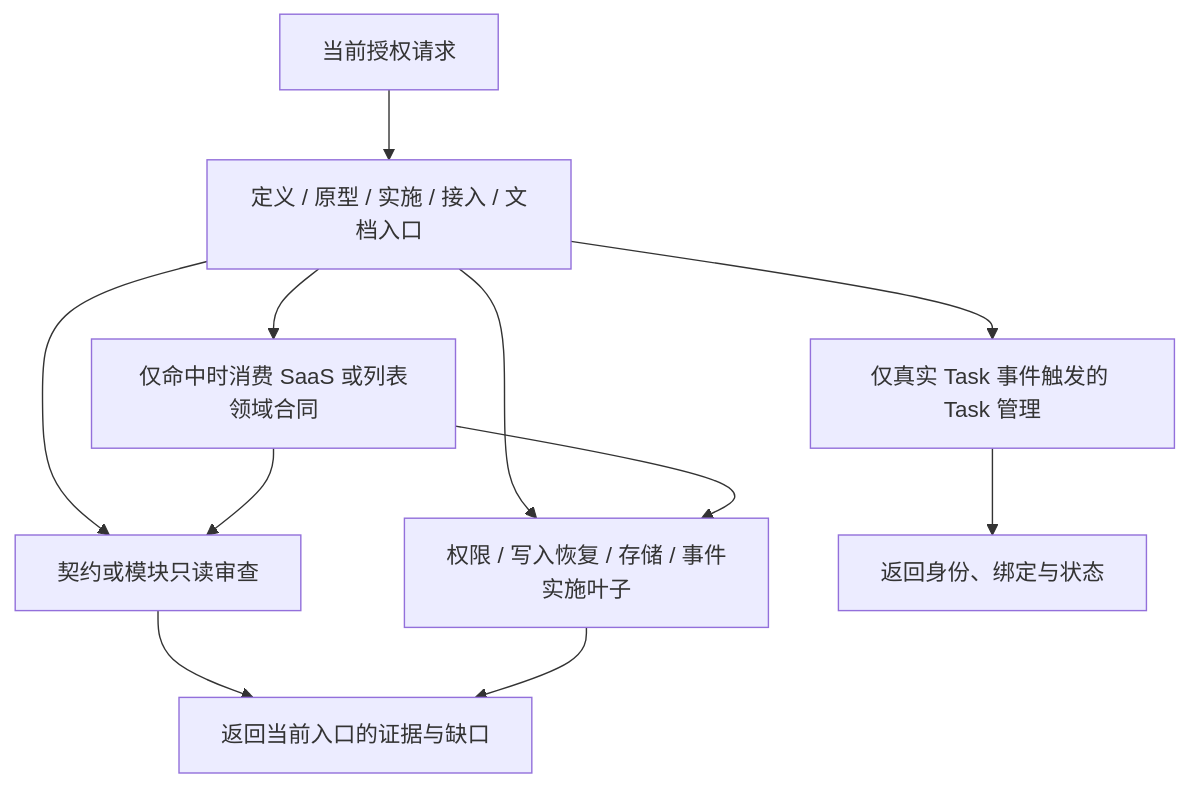
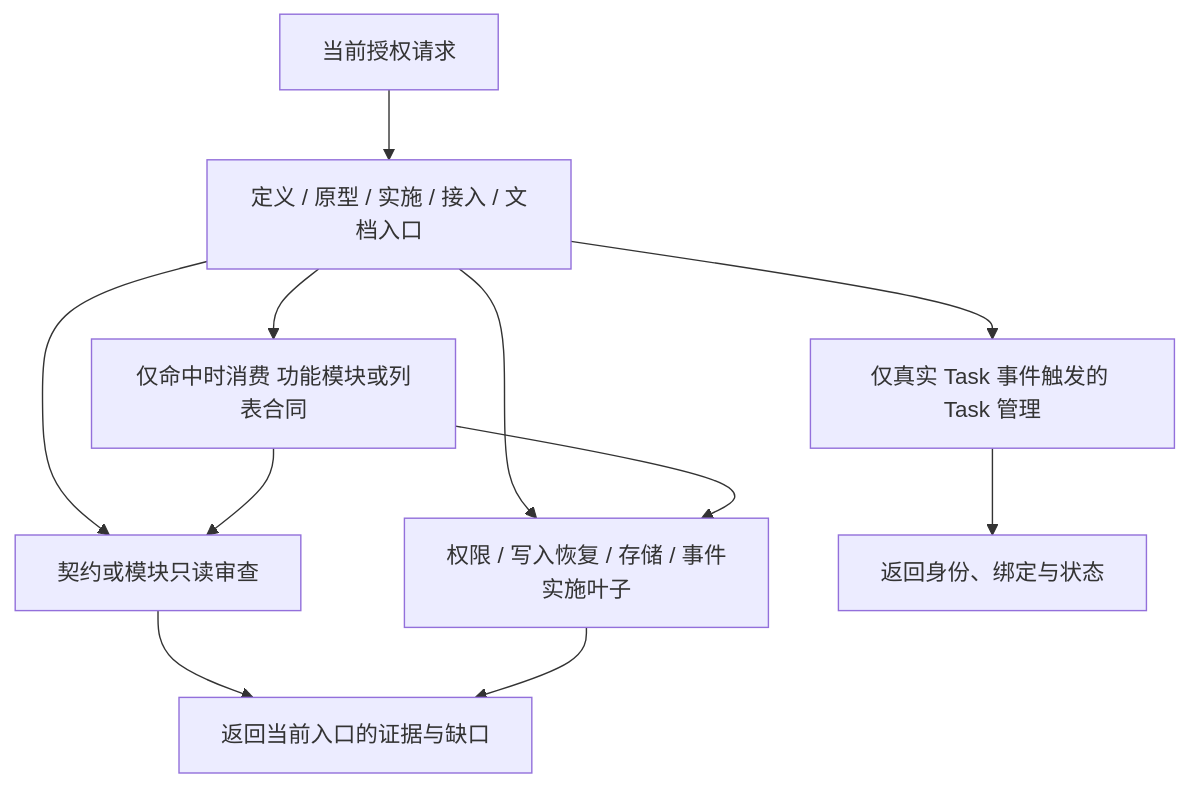
Before and after one commit to BFTools366/bifang-web-extension-harness-template: the diagram in docs/harness_engineering/skill_composition.md, drawn with Mermaid. The commit also changed other lines of this file and 139 other files, not shown here.

````diff
--- a/docs/harness_engineering/skill_composition.md
+++ b/docs/harness_engineering/skill_composition.md
@@ -41,13 +41,13 @@
 ```mermaid
 flowchart TD
   request[当前授权请求] --> entry[定义 / 原型 / 实施 / 接入 / 文档入口]
-  entry --> domain[仅命中时消费 SaaS 或列表领域合同]
+  entry --> domain[仅命中时消费 功能模块或列表合同]
   entry --> review[契约或模块只读审查]
   domain --> review
   entry --> leaf[权限 / 写入恢复 / 存储 / 事件实施叶子]
   domain --> leaf
   review --> evidence[返回当前入口的证据与缺口]
   leaf --> evidence
   entry --> task[仅真实 Task 事件触发的 Task 管理]
   task --> identity[返回身份、绑定与状态]
 ```
````
